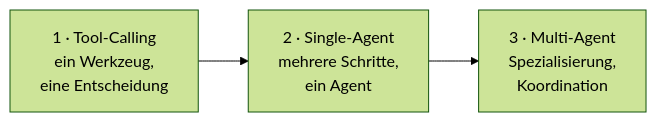
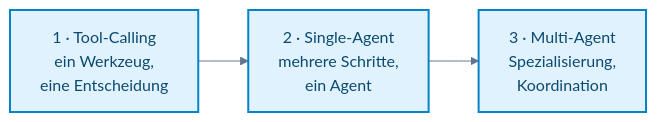
Before and after one commit to ralf-42/GenAI: the first of 12 diagrams in docs/08-agenten/agent-architekturen.md, drawn with Mermaid. The commit also changed other lines of this file and 25 other files, not shown here.

````diff
--- a/docs/08-agenten/agent-architekturen.md
+++ b/docs/08-agenten/agent-architekturen.md
@@ -56,6 +56,25 @@
 ```mermaid
-%%{init: {'theme':'forest'}}%%
+---
+config:
+  theme: base
+  look: classic
+  themeVariables:
+    primaryColor: '#e0f2fe'
+    primaryBorderColor: '#0284c7'
+    primaryTextColor: '#1e293b'
+    lineColor: '#64748b'
+    clusterBkg: '#f8fafc'
+    clusterBorder: '#cbd5e1'
+    noteBkgColor: '#fef3c7'
+    noteBorderColor: '#d97706'
+    noteTextColor: '#78350f'
+    edgeLabelBackground: '#ffffff'
+---
+
 flowchart LR
     A["1 · Tool-Calling\nein Werkzeug,\neine Entscheidung"] --> B["2 · Single-Agent\nmehrere Schritte,\nein Agent"]
     B --> C["3 · Multi-Agent\nSpezialisierung,\nKoordination"]
+
+%% Funktionsfarben nach Mermaid_Best_Practices.md
+classDef default fill:#e0f2fe,stroke:#0284c7,stroke-width:2px,color:#0c4a6e;
 ```
````
